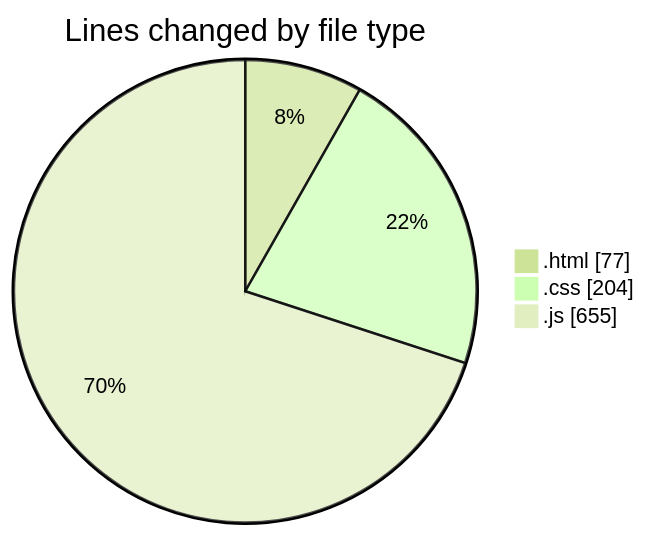
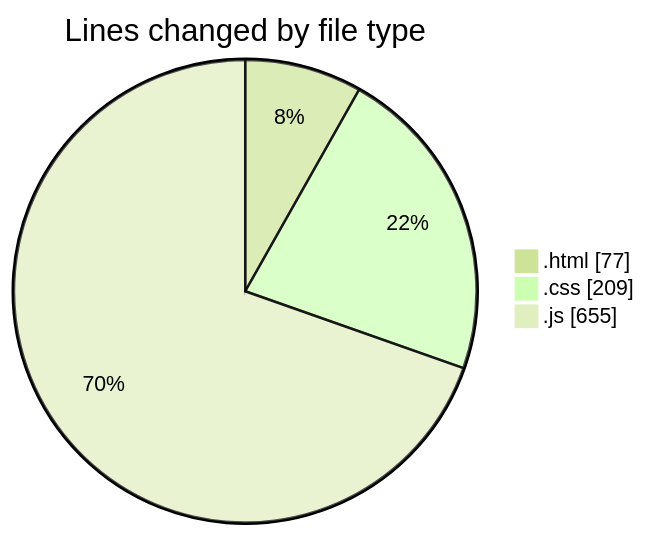
One commit to robertbonfada/code-tracking changed the first of 2 diagrams in 2025-03-03/snake-game/README.md. Above: the diagram before and after it, drawn with Mermaid (forest theme). The commit also changed other lines of this file and 1 other file, not shown here.

````diff
--- a/2025-03-03/snake-game/README.md
+++ b/2025-03-03/snake-game/README.md
@@ -23,7 +23,7 @@
 ```mermaid
 pie showData
 title Lines changed by file type
 ".html" : 77
-".css" : 204
+".css" : 209
 ".js" : 655
 ```
````
